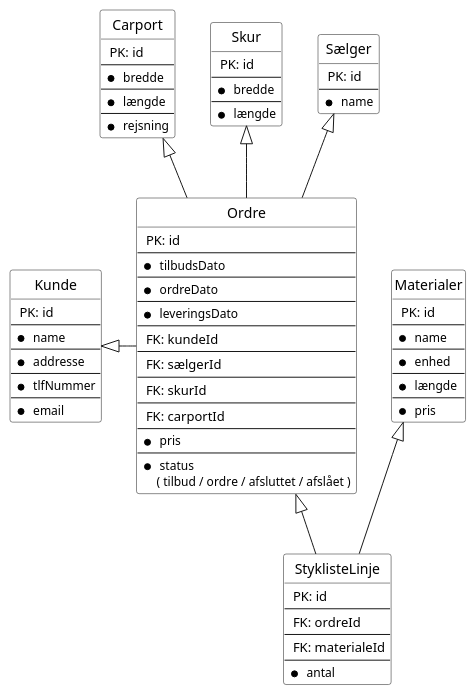
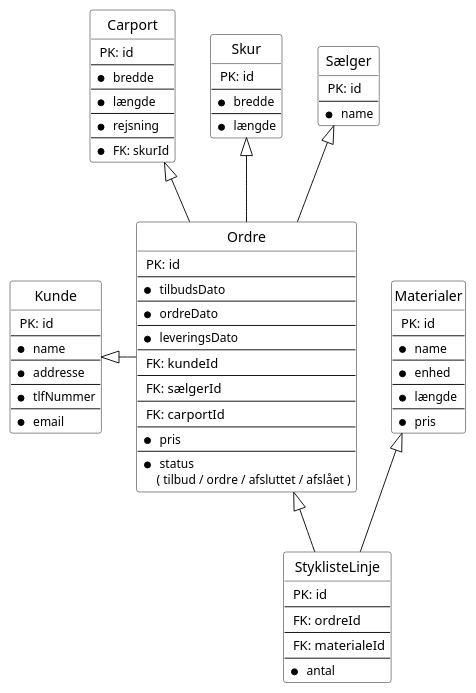
One commit to kalhauge/Fog changed the first of 2 diagrams in src/main/Diagrammer/ER.puml. Above: the diagram before and after it, drawn with PlantUML. The commit also changed other lines of this file and 2 other files, not shown here.

```diff
--- a/src/main/Diagrammer/ER.puml
+++ b/src/main/Diagrammer/ER.puml
@@ -3,99 +3,99 @@
 @startuml
 
 skinparam wrapWidth 300
 
 hide circle
 hide empty members
 
 entity Kunde #White {
    <size:13> PK: id
    --
    * <size:12> name
    --
    * <size:12> addresse
    --
    * <size:12> tlfNummer
    --
    * <size:12> email
 }
 
 entity Carport #White {
    <size:13> PK: id
    --
    * <size:12> bredde
    --
    * <size:12> længde
    --
    * <size:12> rejsning
+   --
+   * <size:12> FK: skurId
 }
 
 entity Skur #White {
    <size:13> PK: id
    --
    * <size:12> bredde
    --
    * <size:12> længde
 }
 
 
 entity Ordre  #White {
    <size:13> PK: id
    --
    * <size:12> tilbudsDato
    --
    * <size:12> ordreDato
    --
    * <size:12> leveringsDato
    --
    <size:13> FK: kundeId
    --
    <size:13> FK: sælgerId
-   --
-   <size:13> FK: skurId
    --
    <size:13> FK: carportId
    --
    * <size:12> pris
    --
    * <size:12> status
     <size:12>( tilbud / ordre / afsluttet / afslået )
 }
 
 entity Materialer #White {
    <size:13> PK: id
    --
    * <size:12> name
    --
    * <size:12> enhed
    --
    * <size:12> længde
    --
    * <size:12> pris
 }
 
 entity StyklisteLinje #White {
    <size:13> PK: id
    --
   <size:13> FK: ordreId
    --
    <size:13> FK: materialeId
    --
    * <size:12> antal
 }
 
 entity Sælger #White {
    <size:13> PK: id
    --
    * <size:12> name
 }
 
 
 
 
 Kunde <|- Ordre
 Sælger <|-- Ordre
 Carport <|-- Ordre
 Skur <|-- Ordre
 Ordre <|-- StyklisteLinje
 Materialer <|-- StyklisteLinje
 @enduml
```
